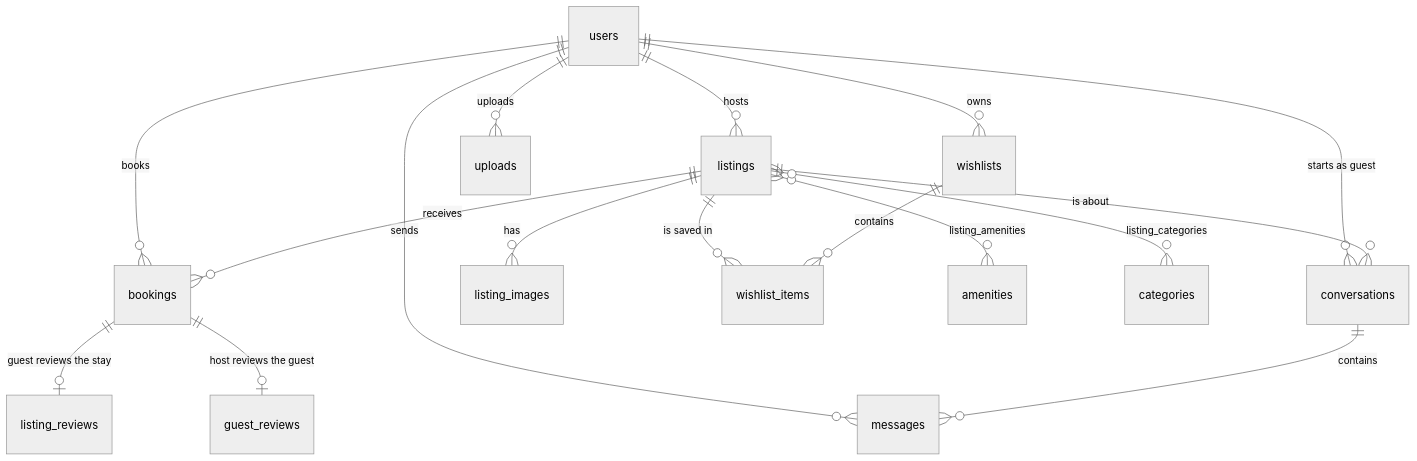
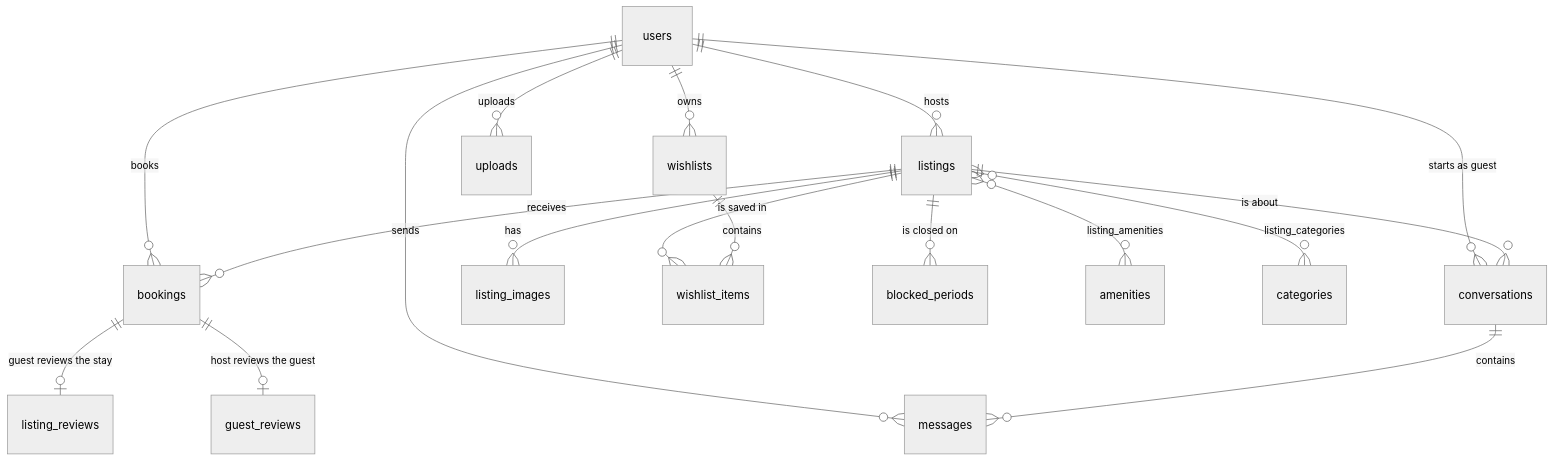
One commit to MridulNegi2005/airbnb-clone changed the diagram in README.md. Above: the diagram before and after it, drawn with Mermaid (neutral theme). The commit also changed other lines of this file and 1 other file, not shown here.

Commit message:
Smoke-test the host flow and document the calendar and discounts

````diff
--- a/README.md
+++ b/README.md
@@ -83,19 +85,20 @@
 ```mermaid
 erDiagram
     users ||--o{ listings : hosts
     users ||--o{ bookings : books
     users ||--o{ wishlists : owns
     users ||--o{ uploads : uploads
     users ||--o{ conversations : "starts as guest"
     users ||--o{ messages : sends
     listings ||--o{ listing_images : has
     listings ||--o{ bookings : receives
     listings ||--o{ wishlist_items : "is saved in"
     listings ||--o{ conversations : "is about"
+    listings ||--o{ blocked_periods : "is closed on"
     listings }o--o{ amenities : listing_amenities
     listings }o--o{ categories : listing_categories
     wishlists ||--o{ wishlist_items : contains
     bookings ||--o| listing_reviews : "guest reviews the stay"
     bookings ||--o| guest_reviews : "host reviews the guest"
     conversations ||--o{ messages : contains
 ```
````
